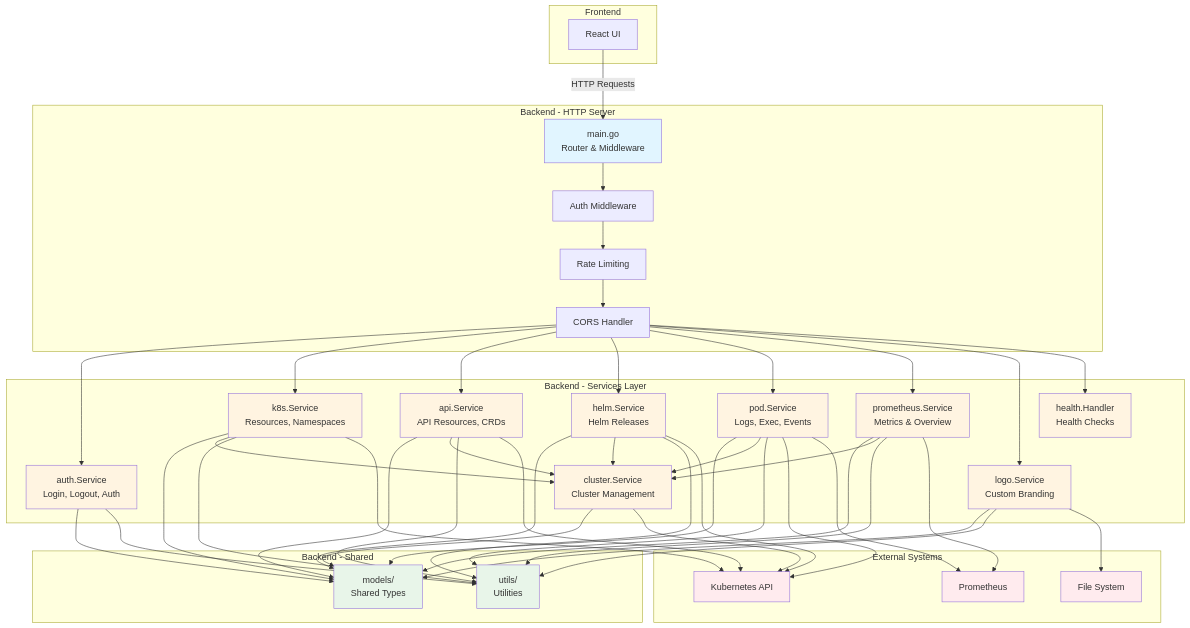
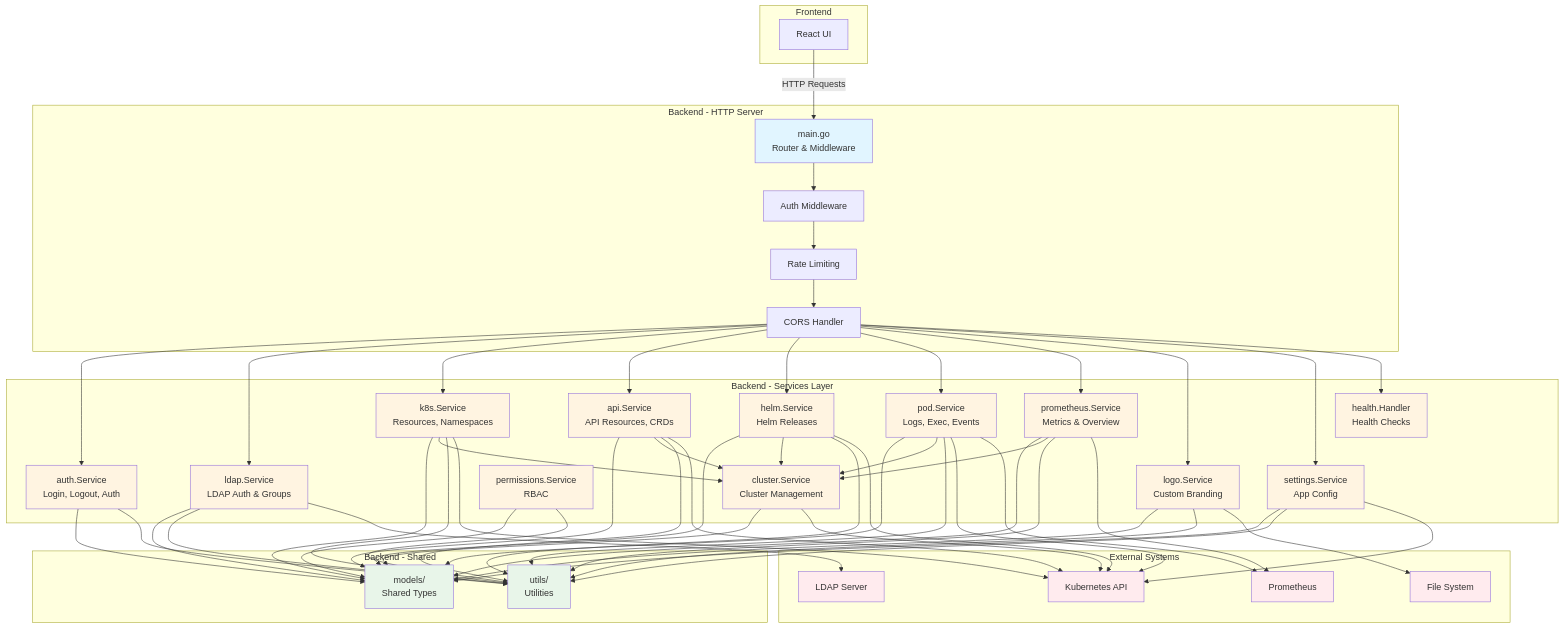
The diagram in README.md (flaucha/DKonsole), drawn with Mermaid before and after one commit. The commit also changed other lines of this file and 1 other file, not shown here.

Commit message:
docs: update changelog and architecture diagram for v1.4.9

````diff
--- a/README.md
+++ b/README.md
@@ -227,6 +228,7 @@
 
     subgraph "Backend - Services Layer"
         AuthSvc[auth.Service<br/>Login, Logout, Auth]
+        LdapSvc[ldap.Service<br/>LDAP Auth & Groups]
         ClusterSvc[cluster.Service<br/>Cluster Management]
         K8sSvc[k8s.Service<br/>Resources, Namespaces]
         ApiSvc[api.Service<br/>API Resources, CRDs]
@@ -234,7 +236,9 @@
         PodSvc[pod.Service<br/>Logs, Exec, Events]
         PromSvc[prometheus.Service<br/>Metrics & Overview]
         LogoSvc[logo.Service<br/>Custom Branding]
+        SettingsSvc[settings.Service<br/>App Config]
         HealthSvc[health.Handler<br/>Health Checks]
+        PermsSvc[permissions.Service<br/>RBAC]
     end
 
     subgraph "Backend - Shared"
@@ -246,6 +250,7 @@
         K8s[Kubernetes API]
         Prometheus[Prometheus]
         FileSystem[File System]
+        LDAP[LDAP Server]
     end
 
     UI -->|HTTP Requests| Main
@@ -253,15 +258,18 @@
     AuthMW --> RateLimit
     RateLimit --> CORS
     CORS --> AuthSvc
+    CORS --> LdapSvc
     CORS --> K8sSvc
     CORS --> ApiSvc
     CORS --> HelmSvc
     CORS --> PodSvc
     CORS --> PromSvc
     CORS --> LogoSvc
+    CORS --> SettingsSvc
     CORS --> HealthSvc
 
     AuthSvc --> Models
+    LdapSvc --> Models
     ClusterSvc --> Models
     K8sSvc --> Models
     K8sSvc --> ClusterSvc
@@ -274,14 +282,19 @@
     PromSvc --> Models
     PromSvc --> ClusterSvc
     LogoSvc --> Models
+    SettingsSvc --> Models
+    PermsSvc --> Models
 
     K8sSvc --> Utils
     ApiSvc --> Utils
     HelmSvc --> Utils
     PodSvc --> Utils
     AuthSvc --> Utils
+    LdapSvc --> Utils
     PromSvc --> Utils
     LogoSvc --> Utils
+    SettingsSvc --> Utils
+    PermsSvc --> Utils
 
     ClusterSvc --> K8s
     K8sSvc --> K8s
@@ -291,9 +304,12 @@
     PodSvc --> Prometheus
     PromSvc --> Prometheus
     LogoSvc --> FileSystem
+    LdapSvc --> LDAP
+    SettingsSvc --> K8s
 
     style Main fill:#e1f5ff
     style AuthSvc fill:#fff4e1
+    style LdapSvc fill:#fff4e1
     style ClusterSvc fill:#fff4e1
     style K8sSvc fill:#fff4e1
     style ApiSvc fill:#fff4e1
@@ -301,10 +317,13 @@
     style PodSvc fill:#fff4e1
     style PromSvc fill:#fff4e1
     style LogoSvc fill:#fff4e1
+    style SettingsSvc fill:#fff4e1
     style HealthSvc fill:#fff4e1
+    style PermsSvc fill:#fff4e1
     style Models fill:#e8f5e9
     style Utils fill:#e8f5e9
     style K8s fill:#ffebee
     style Prometheus fill:#ffebee
     style FileSystem fill:#ffebee
+    style LDAP fill:#ffebee
 ```
````
